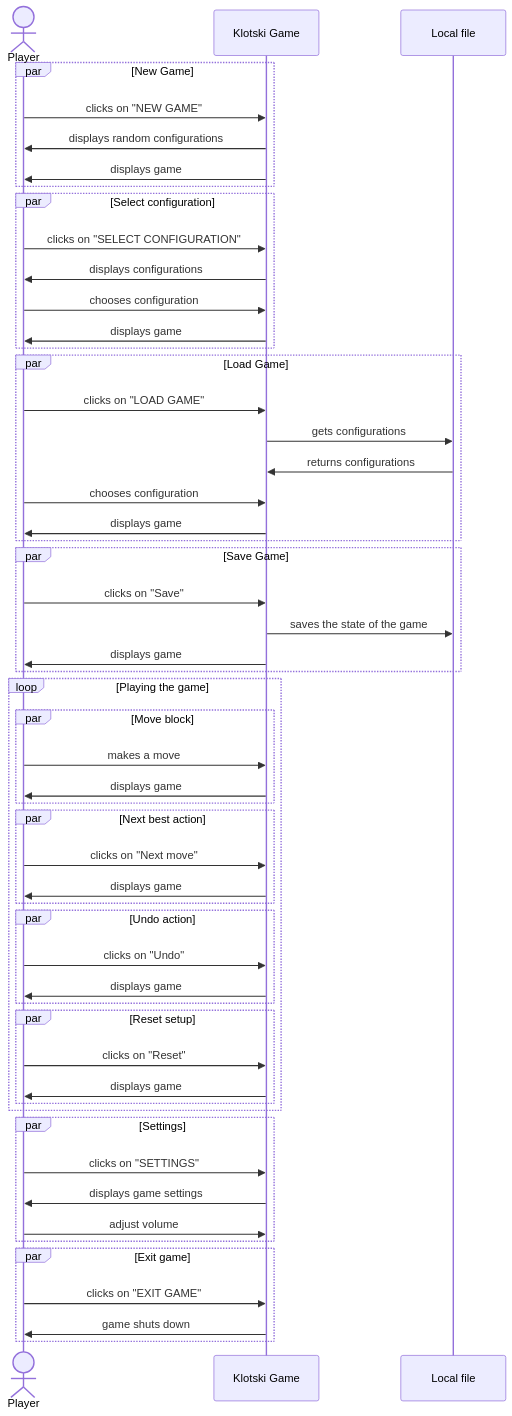
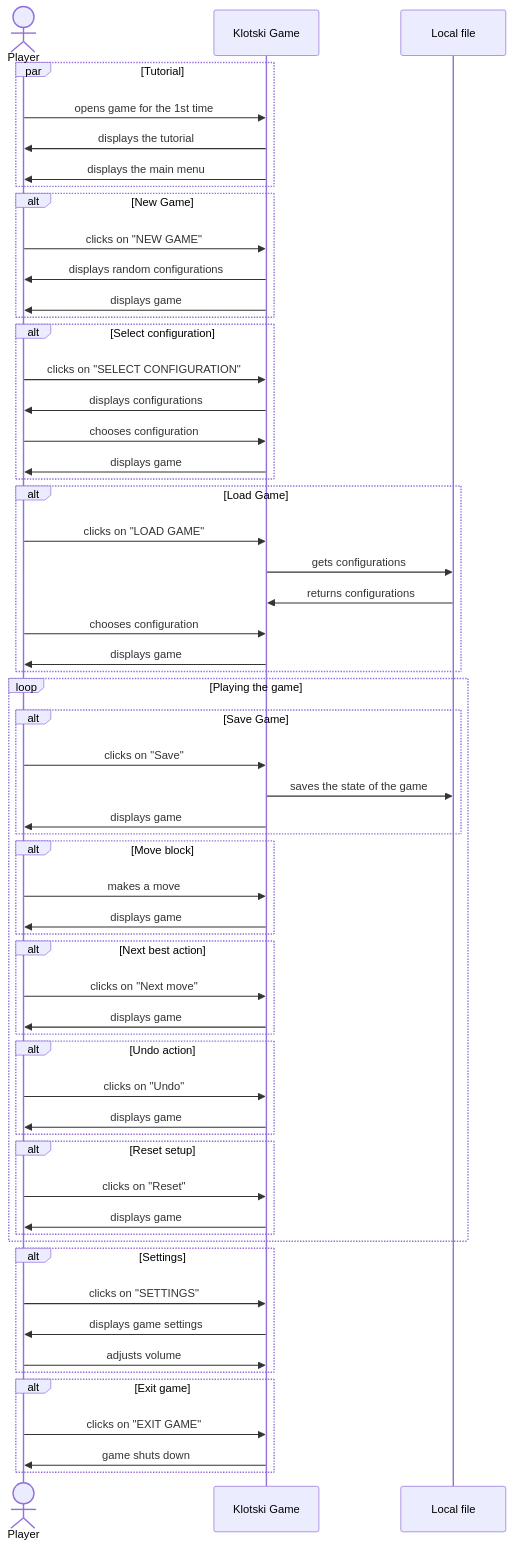
One commit to BIRSAx2/klotski changed the first of 13 diagrams in docs/sequence_diagram/index.md. Above: the diagram before and after it, drawn with Mermaid.

Commit message:
Added tutorial use case on the system sequence diagram

```diff
--- a/docs/sequence_diagram/index.md
+++ b/docs/sequence_diagram/index.md
@@ -12,14 +12,21 @@
     participant Local file
 
 
-    par New Game
+    par Tutorial
+        Player ->> Klotski Game: opens game for the 1st time
+        Klotski Game ->> Player: displays the tutorial
+        Klotski Game ->> Player: displays the main menu
+    end
+
+
+    alt New Game
         Player ->> Klotski Game: clicks on "NEW GAME"
         Klotski Game ->> Player: displays random configurations
         Klotski Game ->> Player: displays game
     end
 
 
-    par Select configuration
+    alt Select configuration
         Player ->> Klotski Game: clicks on "SELECT CONFIGURATION"
         Klotski Game ->> Player: displays configurations
         Player ->> Klotski Game: chooses configuration
@@ -27,7 +34,7 @@
     end
 
 
-    par Load Game
+    alt Load Game
         Player ->> Klotski Game: clicks on "LOAD GAME"
         Klotski Game ->> Local file: gets configurations
         Local file ->>  Klotski Game: returns configurations
@@ -36,45 +43,47 @@
     end
 
 
-    par Save Game
-        Player ->> Klotski Game: clicks on "Save"
-        Klotski Game ->> Local file: saves the state of the game
-        Klotski Game ->> Player : displays game
-    end
-
 
 
     loop Playing the game
-        par Move block
+
+        alt Save Game
+            Player ->> Klotski Game: clicks on "Save"
+            Klotski Game ->> Local file: saves the state of the game
+            Klotski Game ->> Player : displays game
+        end
+
+        alt Move block
             Player ->> Klotski Game: makes a move
             Klotski Game ->> Player: displays game
         end
 
-        par Next best action
+        alt Next best action
             Player ->> Klotski Game: clicks on "Next move"
             Klotski Game ->> Player: displays game
         end
 
-        par Undo action
+        alt Undo action
             Player ->> Klotski Game: clicks on "Undo"
             Klotski Game ->> Player: displays game
                 
         end
 
-        par Reset setup
+        alt Reset setup
             Player ->> Klotski Game: clicks on "Reset"
             Klotski Game ->> Player: displays game
         end
+
     end
 
-    par Settings
+    alt Settings
         Player ->> Klotski Game: clicks on "SETTINGS"
         Klotski Game ->> Player: displays game settings
-        Player ->> Klotski Game: adjust volume
+        Player ->> Klotski Game: adjusts volume
     end
 
 
-    par Exit game
+    alt Exit game
         Player ->> Klotski Game: clicks on "EXIT GAME"
         Klotski Game ->> Player: game shuts down
     end
```
